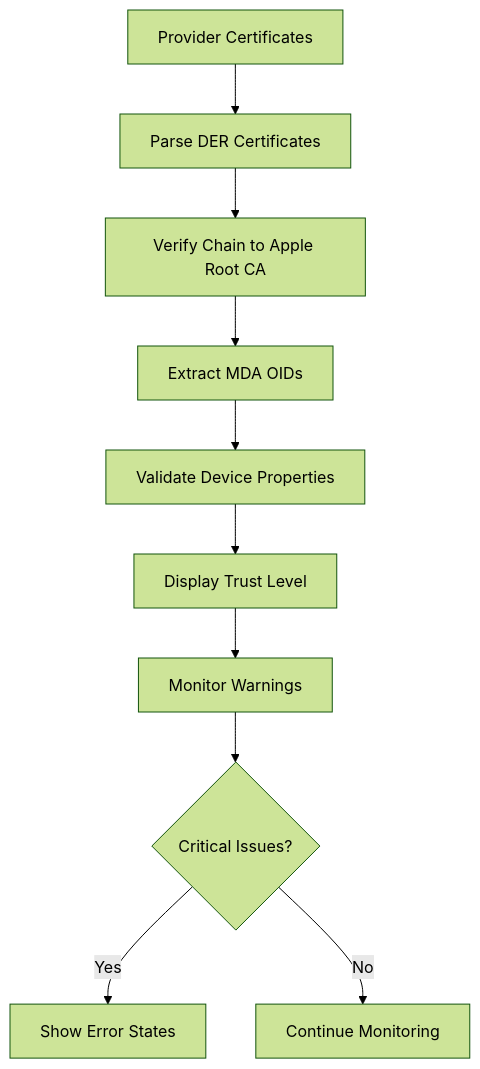
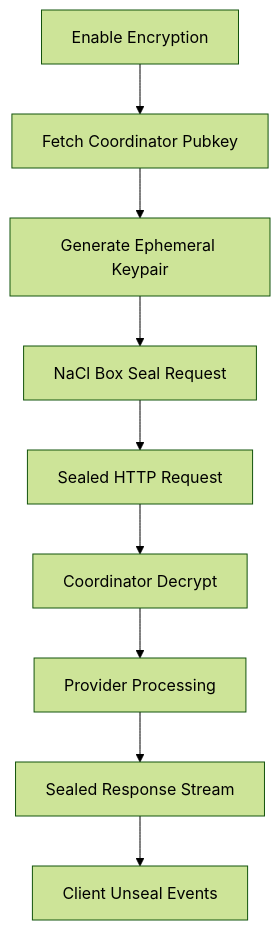
Before and after one commit to researchoors/knowledge-maintenance: the third of 3 diagrams in artifacts/d-inference/service_analyses/web.md, drawn with Mermaid (forest theme). The commit also changed other lines of this file and 23 other files, not shown here.

````diff
--- a/artifacts/d-inference/service_analyses/web.md
+++ b/artifacts/d-inference/service_analyses/web.md
@@ -122,12 +75,11 @@
 ```mermaid
 graph TD
-    A[Provider Certificates] --> B[Parse DER Certificates]
-    B --> C[Verify Chain to Apple Root CA]
-    C --> D[Extract MDA OIDs]
-    D --> E[Validate Device Properties]
-    E --> F[Display Trust Level]
-    F --> G[Monitor Warnings]
-    G --> H{Critical Issues?}
-    H -->|Yes| I[Show Error States]
-    H -->|No| J[Continue Monitoring]
+    A[Enable Encryption] --> B[Fetch Coordinator Pubkey]
+    B --> C[Generate Ephemeral Keypair]
+    C --> D[NaCl Box Seal Request]
+    D --> E[Sealed HTTP Request]
+    E --> F[Coordinator Decrypt]
+    F --> G[Provider Processing]
+    G --> H[Sealed Response Stream]
+    H --> I[Client Unseal Events]
 ```
````
